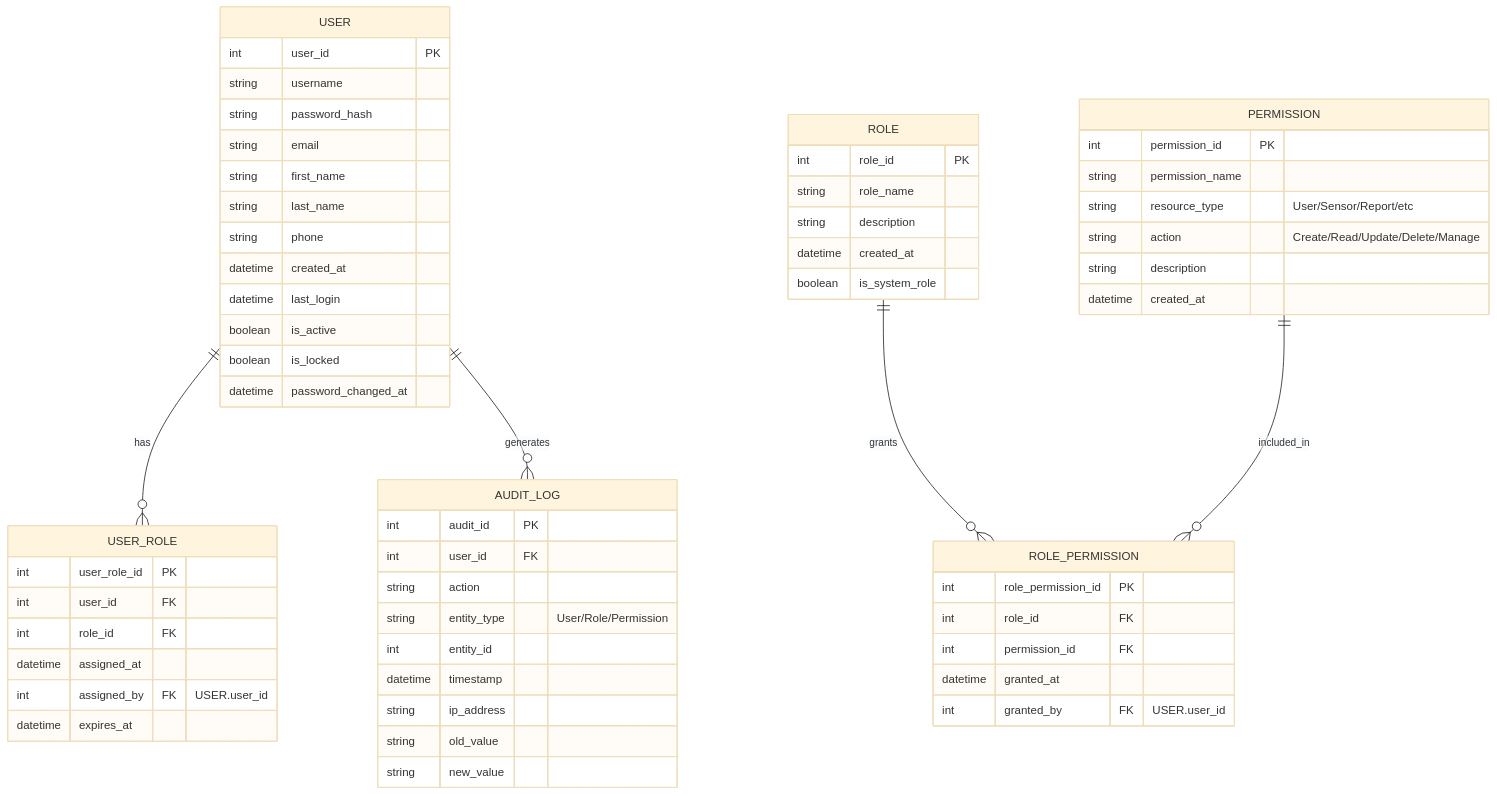
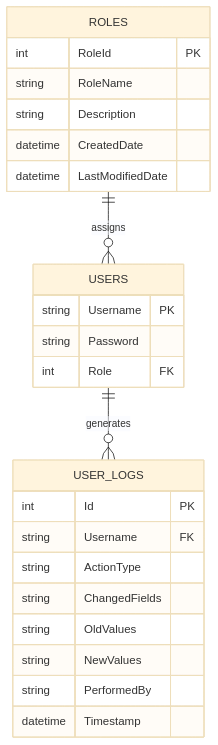
The diagram in docs/userERD.md (40626785/Environment-Manager), drawn with Mermaid (base theme) before and after one commit. The commit also changed 1 other file, not shown here.

Commit message:
Add user management class diagram

````diff
--- a/docs/userERD.md
+++ b/docs/userERD.md
@@ -1,68 +1,30 @@
 ```mermaid
 erDiagram
-    USER ||--o{ USER_ROLE : has
-    ROLE ||--o{ ROLE_PERMISSION : grants
-    PERMISSION ||--o{ ROLE_PERMISSION : included_in
-    USER ||--o{ AUDIT_LOG : generates
-    
-    USER {
-        int user_id PK
-        string username
-        string password_hash
-        string email
-        string first_name
-        string last_name
-        string phone
-        datetime created_at
-        datetime last_login
-        boolean is_active
-        boolean is_locked
-        datetime password_changed_at
+    ROLES ||--o{ USERS : assigns
+    USERS ||--o{ USER_LOGS : generates
+
+    USERS {
+        string Username PK
+        string Password
+        int Role FK
     }
     
-    ROLE {
-        int role_id PK
-        string role_name
-        string description
-        datetime created_at
-        boolean is_system_role
+    ROLES {
+        int RoleId PK
+        string RoleName
+        string Description
+        datetime CreatedDate
+        datetime LastModifiedDate
     }
     
-    USER_ROLE {
-        int user_role_id PK
-        int user_id FK
-        int role_id FK
-        datetime assigned_at
-        int assigned_by FK "USER.user_id"
-        datetime expires_at
-    }
-    
-    PERMISSION {
-        int permission_id PK
-        string permission_name
-        string resource_type "User/Sensor/Report/etc"
-        string action "Create/Read/Update/Delete/Manage"
-        string description
-        datetime created_at
-    }
-    
-    ROLE_PERMISSION {
-        int role_permission_id PK
-        int role_id FK
-        int permission_id FK
-        datetime granted_at
-        int granted_by FK "USER.user_id"
-    }
-    
-    AUDIT_LOG {
-        int audit_id PK
-        int user_id FK
-        string action
-        string entity_type "User/Role/Permission"
-        int entity_id
-        datetime timestamp
-        string ip_address
-        string old_value
-        string new_value
+    USER_LOGS {
+        int Id PK
+        string Username FK
+        string ActionType
+        string ChangedFields
+        string OldValues
+        string NewValues
+        string PerformedBy
+        datetime Timestamp
     }
 ```
````
